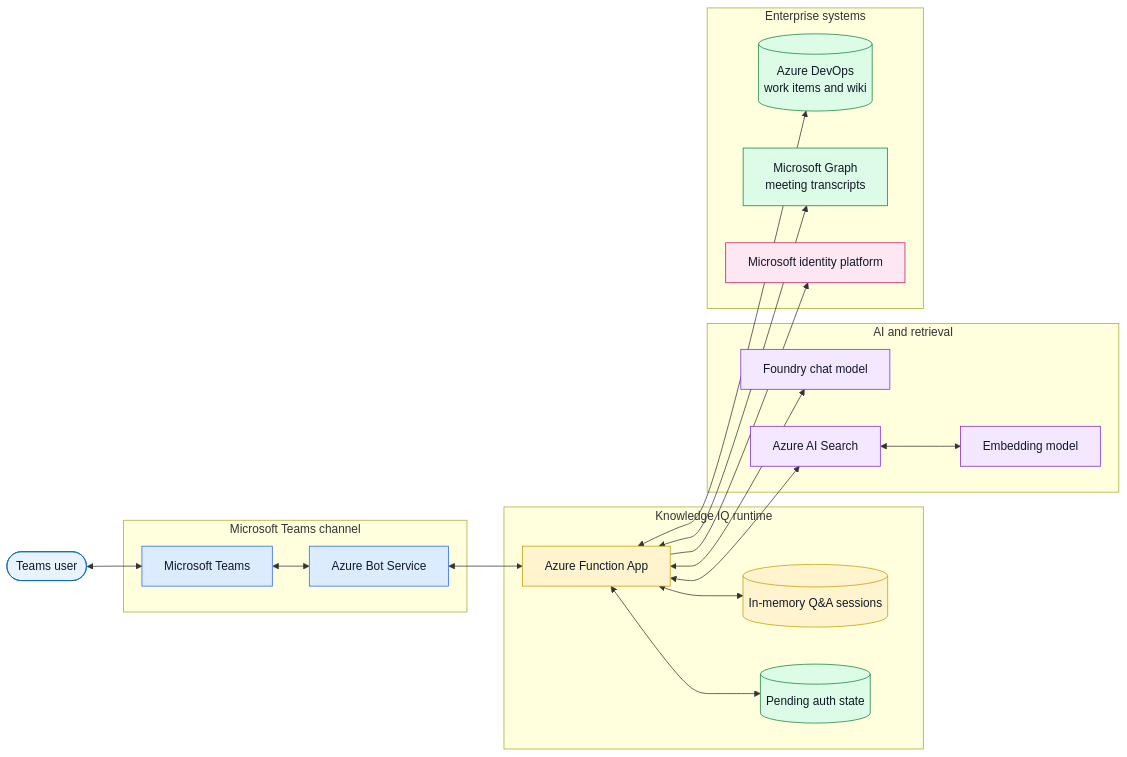
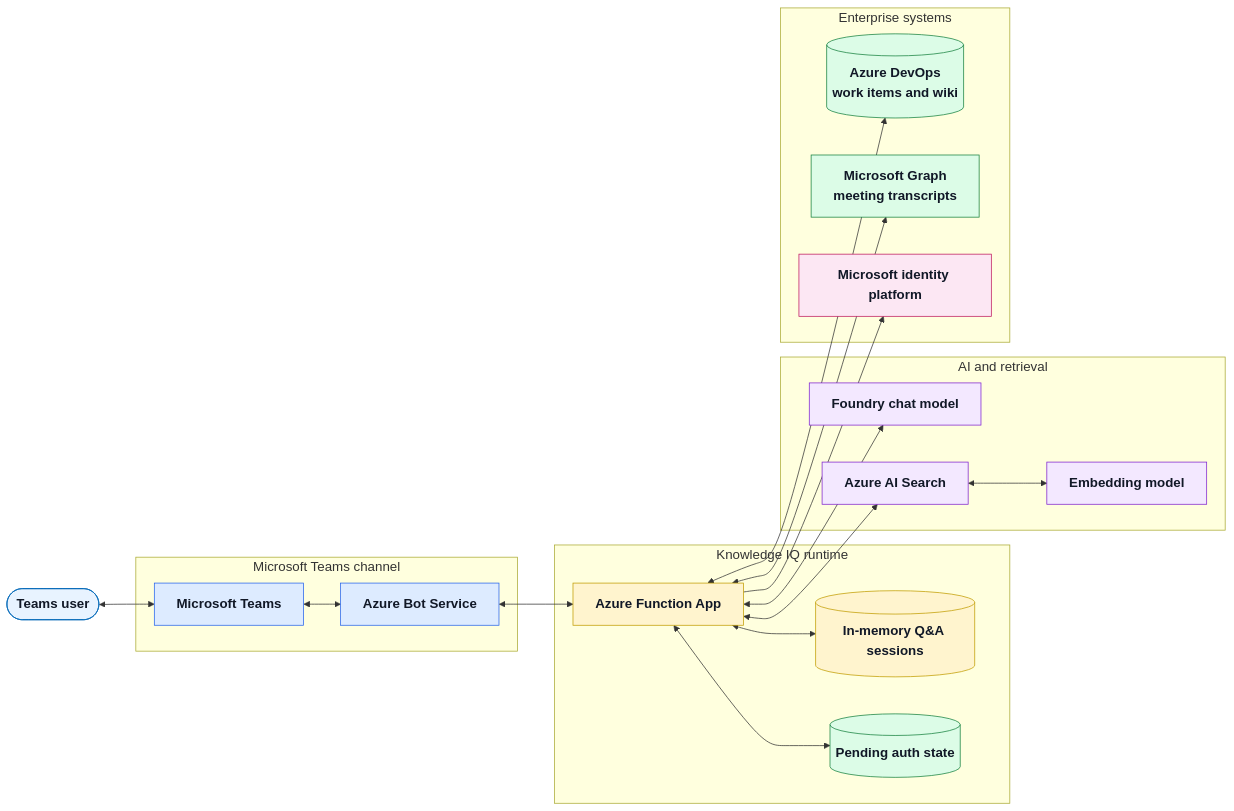
The first of 5 diagrams in docs/architecture.md (madhurshukla23/Migration-Knowledge-IQ), drawn with Mermaid before and after one commit. The commit also changed other lines of this file, not shown here.

Commit message:
Enhance architecture diagrams with improved font size and bold styling for better readability

````diff
--- a/docs/architecture.md
+++ b/docs/architecture.md
@@ -55,51 +55,52 @@
 ```mermaid
+%%{init: {"themeVariables": {"fontSize": "18px"}}}%%
 flowchart LR
     User([Teams user])
 
     subgraph Channel[Microsoft Teams channel]
         Teams[Microsoft Teams]
         Bot[Azure Bot Service]
     end
 
     subgraph Runtime[Knowledge IQ runtime]
         Function[Azure Function App]
         Session[(In-memory Q&A sessions)]
         Pending[(Pending auth state)]
     end
 
     subgraph Intelligence[AI and retrieval]
         Agent[Foundry chat model]
         Search[Azure AI Search]
         Embedding[Embedding model]
     end
 
     subgraph Enterprise[Enterprise systems]
         ADO[(Azure DevOps<br/>work items and wiki)]
         Graph[Microsoft Graph<br/>meeting transcripts]
         Identity[Microsoft identity platform]
     end
 
     User <--> Teams <--> Bot <--> Function
     Function <--> Agent
     Function <--> Search
     Search <--> Embedding
     Function <--> ADO
     Function --> Identity
     Function <--> Graph
     Function <--> Session
     Function <--> Pending
 
-    classDef user fill:#E8F3FF,stroke:#0067B8,color:#111827
-    classDef channel fill:#DDEBFF,stroke:#2563EB,color:#111827
-    classDef runtime fill:#FFF4CE,stroke:#C19C00,color:#111827
-    classDef ai fill:#F3E8FF,stroke:#7E22CE,color:#111827
-    classDef data fill:#DCFCE7,stroke:#15803D,color:#111827
-    classDef identity fill:#FCE7F3,stroke:#BE185D,color:#111827
+    classDef user fill:#E8F3FF,stroke:#0067B8,color:#111827,font-weight:bold
+    classDef channel fill:#DDEBFF,stroke:#2563EB,color:#111827,font-weight:bold
+    classDef runtime fill:#FFF4CE,stroke:#C19C00,color:#111827,font-weight:bold
+    classDef ai fill:#F3E8FF,stroke:#7E22CE,color:#111827,font-weight:bold
+    classDef data fill:#DCFCE7,stroke:#15803D,color:#111827,font-weight:bold
+    classDef identity fill:#FCE7F3,stroke:#BE185D,color:#111827,font-weight:bold
 
     class User user
     class Teams,Bot channel
     class Function,Session runtime
     class Agent,Search,Embedding ai
     class ADO,Graph,Pending data
     class Identity identity
 ```
````
